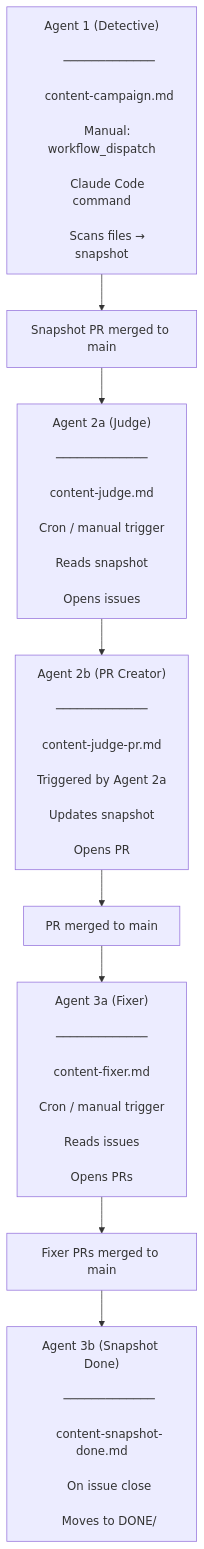
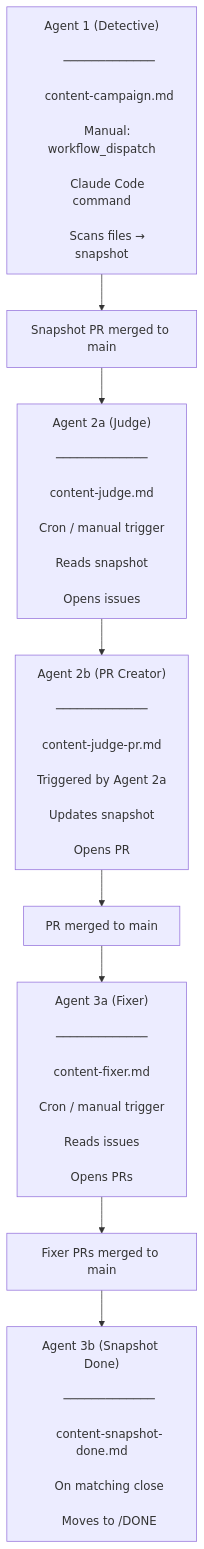
The diagram in .github/ContentHawk/README.md (SSWConsulting/SSW.Rules.Content), drawn with Mermaid before and after one commit.

Commit message:
improved mermaid chart wording

````diff
--- a/.github/ContentHawk/README.md
+++ b/.github/ContentHawk/README.md
@@ -7,44 +7,44 @@
 ```mermaid
 flowchart TD
     A["Agent 1 (Detective)<br/>
     ─────────────<br/>
     content-campaign.md<br/>
     Manual: workflow_dispatch<br/>
     Claude Code command<br/>
     Scans files → snapshot"]
 
     B["Snapshot PR merged to main"]
 
     C["Agent 2a (Judge)<br/>
     ─────────────<br/>
     content-judge.md<br/>
     Cron / manual trigger<br/>
     Reads snapshot<br/>
     Opens issues"]
 
     D["Agent 2b (PR Creator)<br/>
     ─────────────<br/>
     content-judge-pr.md<br/>
     Triggered by Agent 2a<br/>
     Updates snapshot<br/>
     Opens PR"]
 
     E["PR merged to main"]
 
     F["Agent 3a (Fixer)<br/>
     ─────────────<br/>
     content-fixer.md<br/>
     Cron / manual trigger<br/>
     Reads issues<br/>
     Opens PRs"]
 
     G["Fixer PRs merged to main"]
 
     H["Agent 3b (Snapshot Done)<br/>
     ─────────────<br/>
     content-snapshot-done.md<br/>
-    On issue close<br/>
-    Moves to DONE/"]
+    On matching close<br/>
+    Moves to /DONE"]
 
     A --> B --> C --> D --> E --> F --> G --> H
 ```
````
